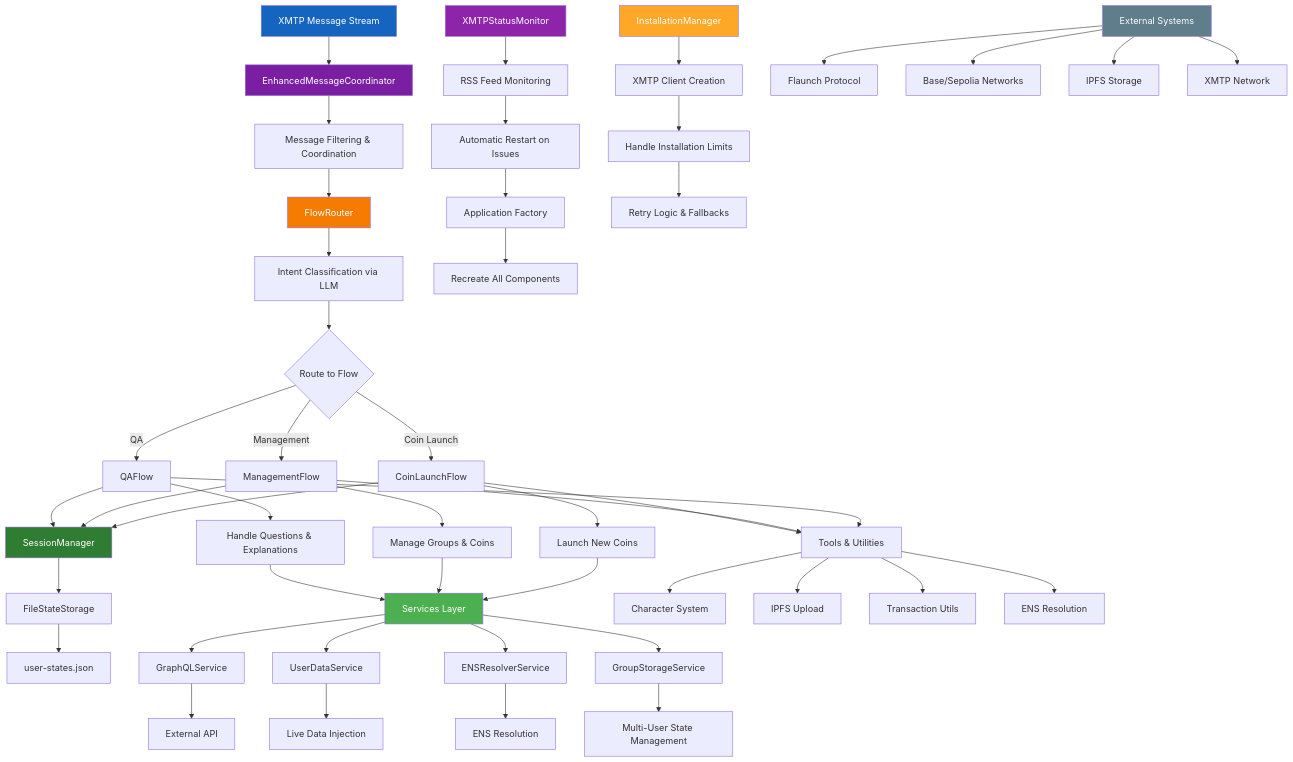
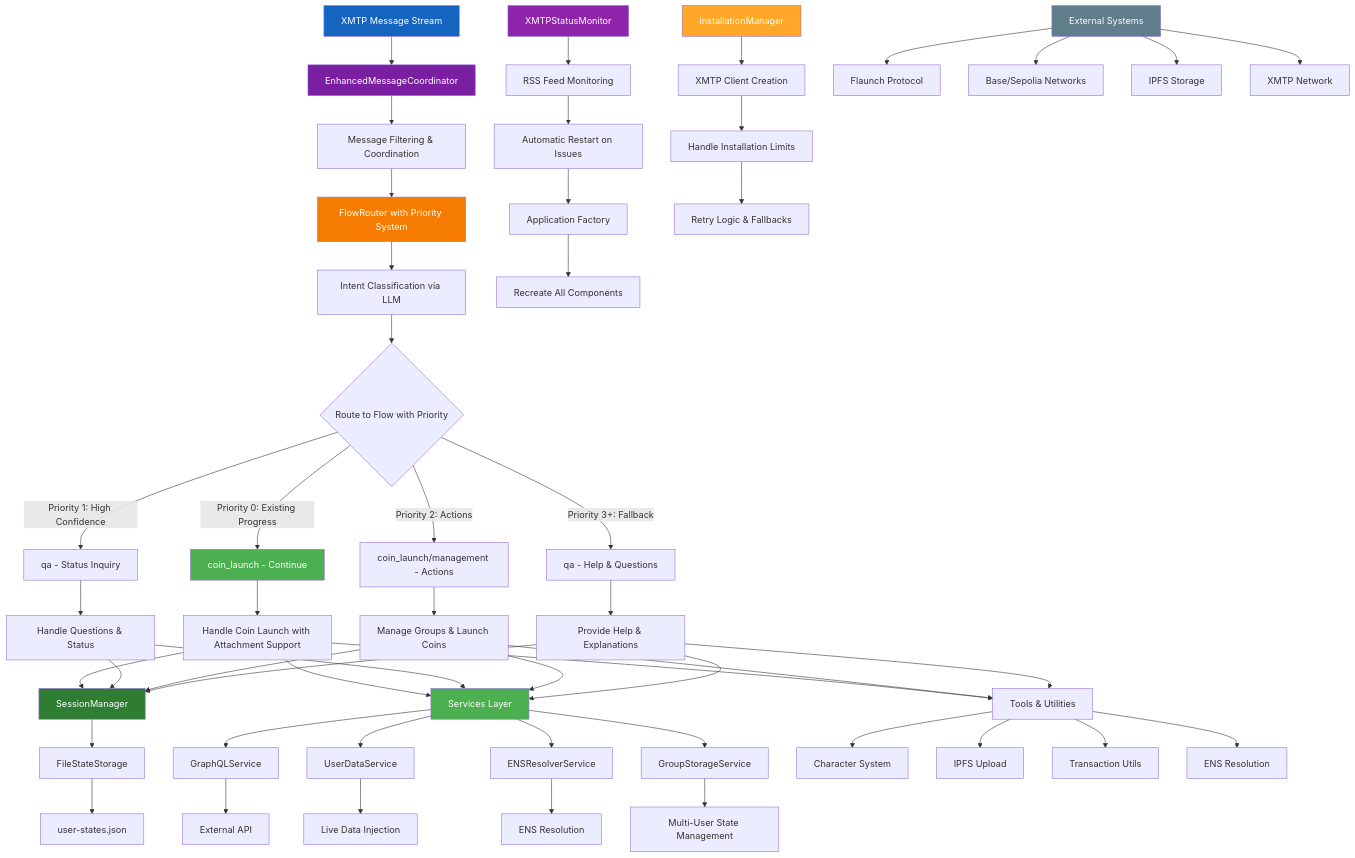
One commit to flayerlabs/xmtp-flaunchy changed diagram 13 of 13 in SYSTEM_ARCHITECTURE.md. Above: the diagram before and after it, drawn with Mermaid. The commit also changed other lines of this file and 3 other files, not shown here.

Commit message:
fix: handle only image uploads without text if at collecting_coin_data step

````diff
--- a/SYSTEM_ARCHITECTURE.md
+++ b/SYSTEM_ARCHITECTURE.md
@@ -750,69 +853,74 @@
 ```mermaid
 graph TD
     A[XMTP Message Stream] --> B[EnhancedMessageCoordinator]
     B --> C[Message Filtering & Coordination]
-    C --> D[FlowRouter]
+    C --> D[FlowRouter with Priority System]
     D --> E[Intent Classification via LLM]
-    E --> F{Route to Flow}
+    E --> F{Route to Flow with Priority}
 
-    F -->|QA| G[QAFlow]
-    F -->|Management| H[ManagementFlow]
-    F -->|Coin Launch| I[CoinLaunchFlow]
+    F -->|Priority 0: Existing Progress| G[coin_launch - Continue]
+    F -->|Priority 1: High Confidence| H[qa - Status Inquiry]
+    F -->|Priority 2: Actions| I[coin_launch/management - Actions]
+    F -->|Priority 3+: Fallback| J[qa - Help & Questions]
 
-    G --> J[Handle Questions & Explanations]
-    H --> K[Manage Groups & Coins]
-    I --> L[Launch New Coins]
+    G --> K[Handle Coin Launch with Attachment Support]
+    H --> L[Handle Questions & Status]
+    I --> M[Manage Groups & Launch Coins]
+    J --> N[Provide Help & Explanations]
 
-    M[SessionManager] --> N[FileStateStorage]
-    N --> O[user-states.json]
+    O[SessionManager] --> P[FileStateStorage]
+    P --> Q[user-states.json]
 
-    P[Services Layer] --> Q[GraphQLService]
-    P --> R[UserDataService]
-    P --> S[ENSResolverService]
-    P --> T[GroupStorageService]
+    R[Services Layer] --> S[GraphQLService]
+    R --> T[UserDataService]
+    R --> U[ENSResolverService]
+    R --> V[GroupStorageService]
 
-    Q --> U[External API]
-    R --> V[Live Data Injection]
-    S --> W[ENS Resolution]
-    T --> X[Multi-User State Management]
+    S --> W[External API]
+    T --> X[Live Data Injection]
+    U --> Y[ENS Resolution]
+    V --> Z[Multi-User State Management]
 
-    Y[XMTPStatusMonitor] --> Z[RSS Feed Monitoring]
-    Z --> AA[Automatic Restart on Issues]
-    AA --> BB[Application Factory]
-    BB --> CC[Recreate All Components]
+    AA[XMTPStatusMonitor] --> BB[RSS Feed Monitoring]
+    BB --> CC[Automatic Restart on Issues]
+    CC --> DD[Application Factory]
+    DD --> EE[Recreate All Components]
 
-    DD[InstallationManager] --> EE[XMTP Client Creation]
-    EE --> FF[Handle Installation Limits]
-    FF --> GG[Retry Logic & Fallbacks]
+    FF[InstallationManager] --> GG[XMTP Client Creation]
+    GG --> HH[Handle Installation Limits]
+    HH --> II[Retry Logic & Fallbacks]
 
-    G --> M
-    H --> M
-    I --> M
+    K --> O
+    L --> O
+    M --> O
+    N --> O
 
-    J --> P
-    K --> P
-    L --> P
+    K --> R
+    L --> R
+    M --> R
+    N --> R
 
-    HH[Tools & Utilities] --> II[Character System]
-    HH --> JJ[IPFS Upload]
-    HH --> KK[Transaction Utils]
-    HH --> LL[ENS Resolution]
+    JJ[Tools & Utilities] --> KK[Character System]
+    JJ --> LL[IPFS Upload]
+    JJ --> MM[Transaction Utils]
+    JJ --> NN[ENS Resolution]
 
-    I --> HH
-    H --> HH
-    G --> HH
+    K --> JJ
+    M --> JJ
+    N --> JJ
 
-    MM[External Systems] --> NN[Flaunch Protocol]
-    MM --> OO[Base/Sepolia Networks]
-    MM --> PP[IPFS Storage]
-    MM --> QQ[XMTP Network]
+    OO[External Systems] --> PP[Flaunch Protocol]
+    OO --> QQ[Base/Sepolia Networks]
+    OO --> RR[IPFS Storage]
+    OO --> SS[XMTP Network]
 
     style A fill:#1565C0,color:#ffffff
     style B fill:#7B1FA2,color:#ffffff
     style D fill:#F57C00,color:#ffffff
-    style M fill:#2E7D32,color:#ffffff
-    style P fill:#4CAF50,color:#ffffff
-    style Y fill:#8E24AA,color:#ffffff
-    style DD fill:#FFA726,color:#ffffff
-    style MM fill:#607D8B,color:#ffffff
+    style G fill:#4CAF50,color:#ffffff
+    style O fill:#2E7D32,color:#ffffff
+    style R fill:#4CAF50,color:#ffffff
+    style AA fill:#8E24AA,color:#ffffff
+    style FF fill:#FFA726,color:#ffffff
+    style OO fill:#607D8B,color:#ffffff
 ```
````
